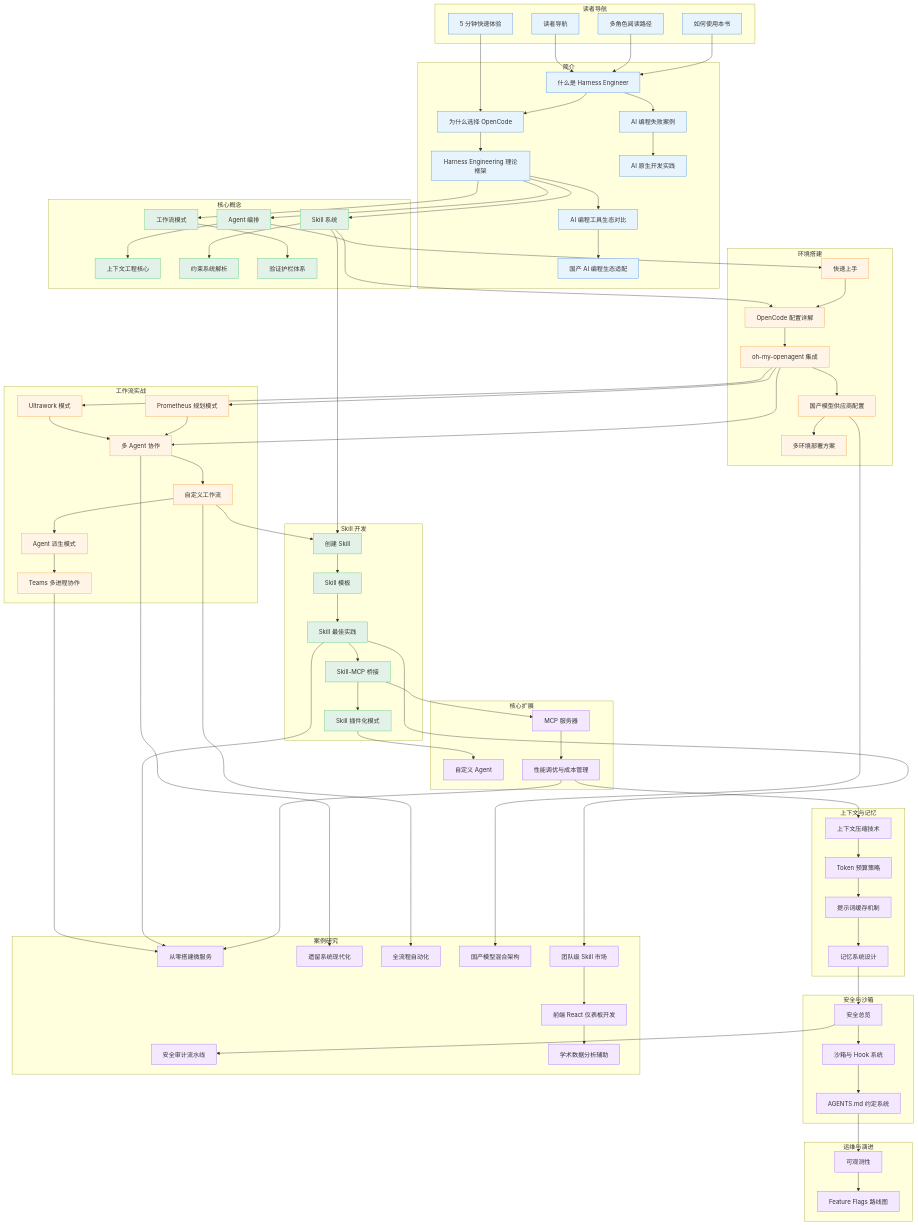
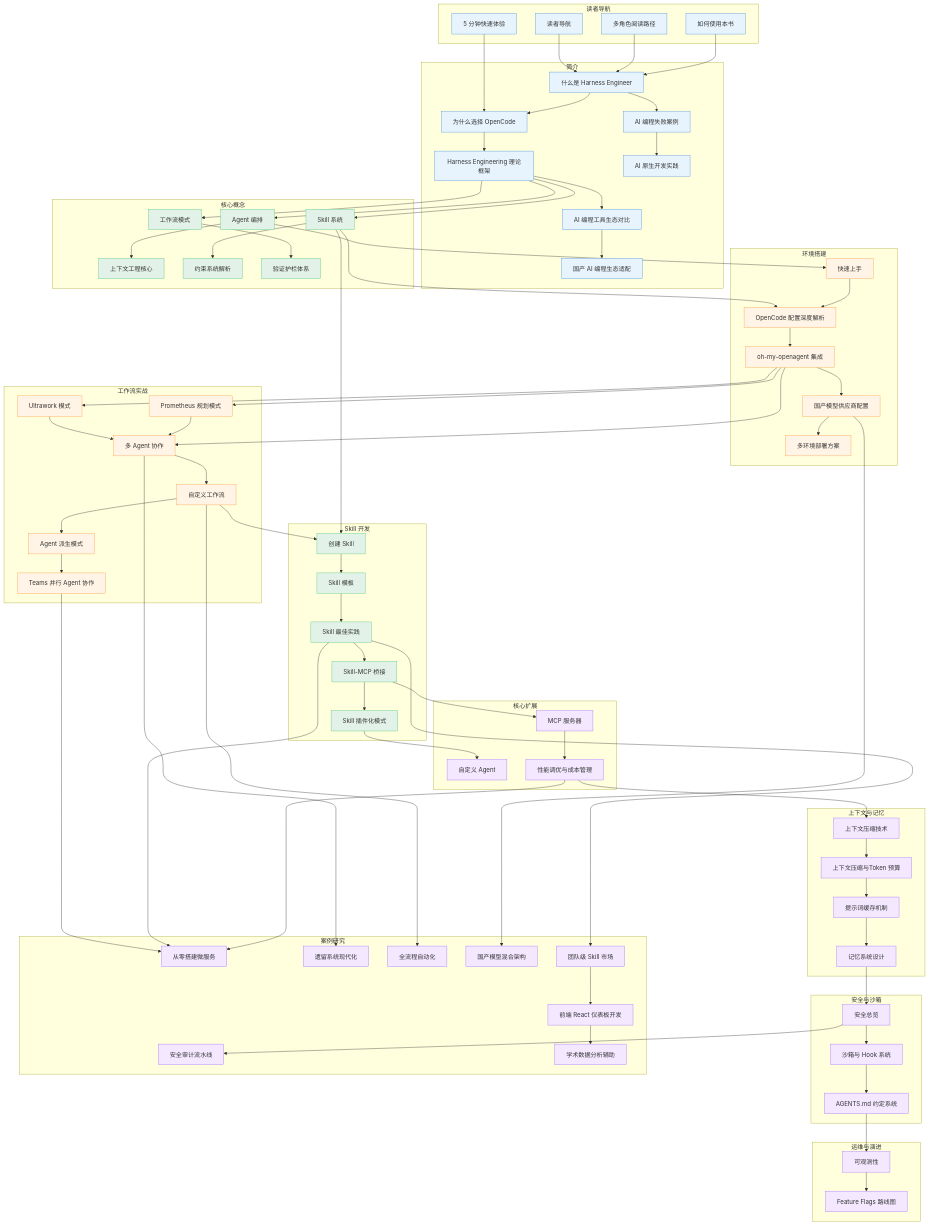
Before and after one commit to tonydeng/harness-engineering-from-oc-to-ai-coding: the second of 3 diagrams in src/00-guide/reading-paths.md, drawn with Mermaid. The commit also changed other lines of this file and 33 other files, not shown here.

```diff
--- a/src/00-guide/reading-paths.md
+++ b/src/00-guide/reading-paths.md
@@ -271,7 +271,7 @@
 
     subgraph Ch3["环境搭建"]
         G3_1["快速上手"]
-        G3_2["OpenCode 配置详解"]
+        G3_2["OpenCode 配置深度解析"]
         G3_3["oh-my-openagent 集成"]
         G3_4["国产模型供应商配置"]
         G3_5["多环境部署方案"]
@@ -282,7 +282,7 @@
         G4_2["多 Agent 协作"]
         G4_3["自定义工作流"]
         G4_4["Agent 派生模式"]
-        G4_5["Teams 多进程协作"]
+        G4_5["Teams 并行 Agent 协作"]
         G4_6["Prometheus 规划模式"]
     end
 
@@ -302,7 +302,7 @@
 
     subgraph Ch6B["上下文与记忆"]
         G6_4["上下文压缩技术"]
-        G6_5["Token 预算策略"]
+        G6_5["上下文压缩与Token 预算"]
         G6_6["提示词缓存机制"]
         G6_7["记忆系统设计"]
     end
```
